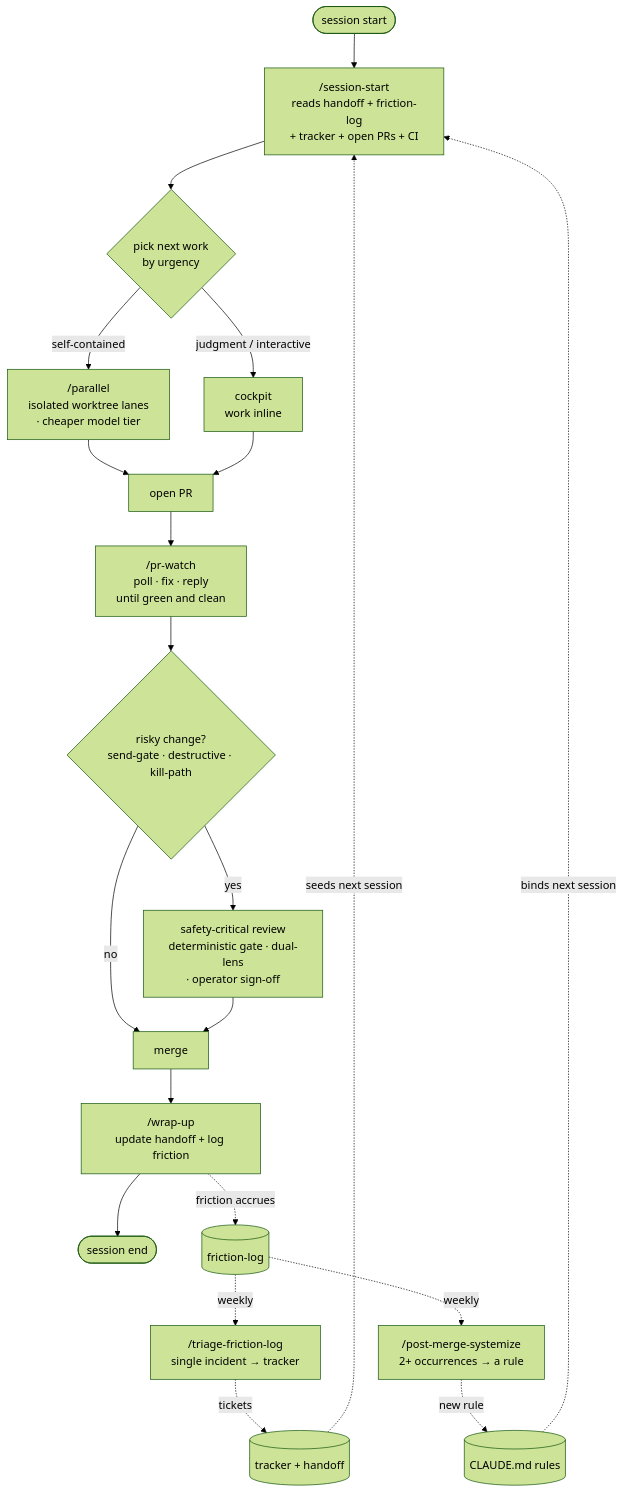
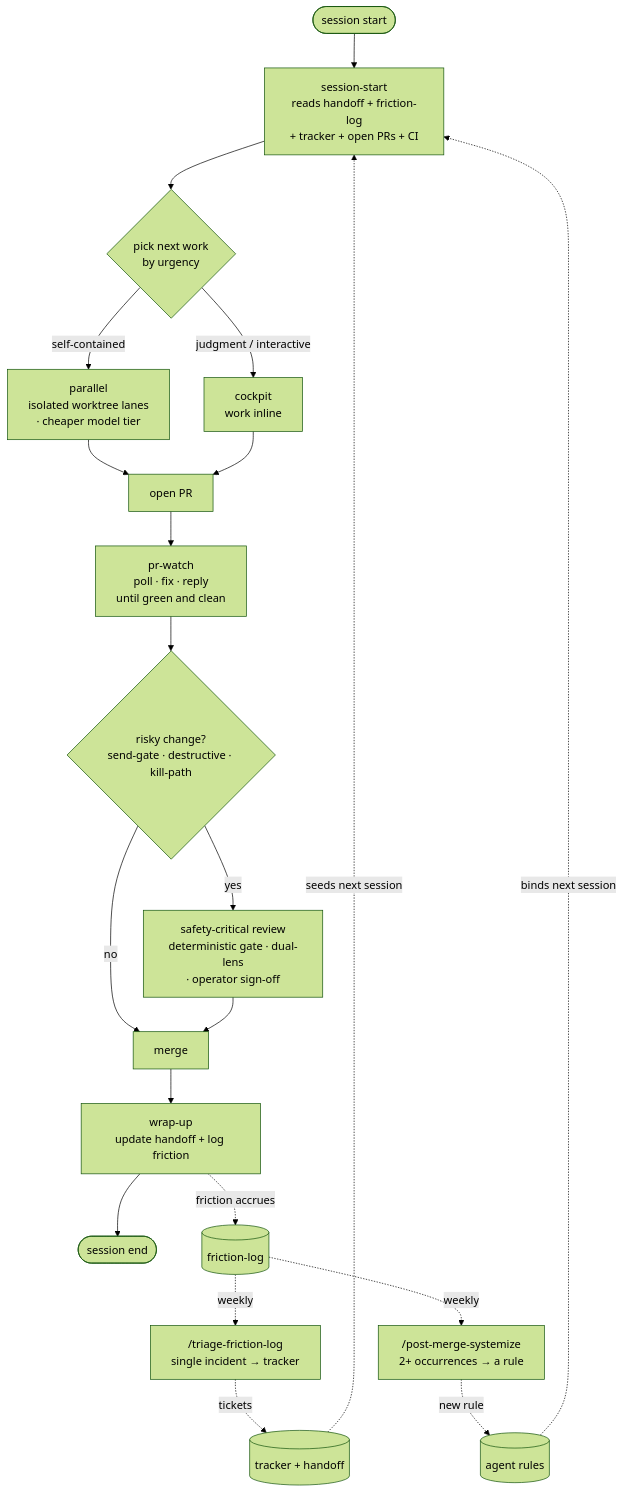
Before and after one commit to topij/agentic-dev-kit: the diagram in README.md, drawn with Mermaid (forest theme). The commit also changed other lines of this file and 37 other files, not shown here.

````diff
--- a/README.md
+++ b/README.md
@@ -56,24 +56,24 @@
 ```mermaid
 flowchart TD
-    A([session start]) --> B["/session-start<br/>reads handoff + friction-log<br/>+ tracker + open PRs + CI"]
+    A([session start]) --> B["session-start<br/>reads handoff + friction-log<br/>+ tracker + open PRs + CI"]
     B --> C{"pick next work<br/>by urgency"}
-    C -->|self-contained| D["/parallel<br/>isolated worktree lanes<br/>· cheaper model tier"]
+    C -->|self-contained| D["parallel<br/>isolated worktree lanes<br/>· cheaper model tier"]
     C -->|judgment / interactive| E["cockpit<br/>work inline"]
     D --> F["open PR"]
     E --> F
-    F --> G["/pr-watch<br/>poll · fix · reply<br/>until green and clean"]
+    F --> G["pr-watch<br/>poll · fix · reply<br/>until green and clean"]
     G --> H{"risky change?<br/>send-gate · destructive · kill-path"}
     H -->|yes| I["safety-critical review<br/>deterministic gate · dual-lens<br/>· operator sign-off"]
     H -->|no| J["merge"]
     I --> J
-    J --> K["/wrap-up<br/>update handoff + log friction"]
+    J --> K["wrap-up<br/>update handoff + log friction"]
     K --> L([session end])
 
     K -. friction accrues .-> M[(friction-log)]
     M -. weekly .-> N["/triage-friction-log<br/>single incident → tracker"]
     M -. weekly .-> O["/post-merge-systemize<br/>2+ occurrences → a rule"]
     N -. tickets .-> P[(tracker + handoff)]
-    O -. new rule .-> Q[(CLAUDE.md rules)]
+    O -. new rule .-> Q[(agent rules)]
     P -. seeds next session .-> B
     Q -. binds next session .-> B
 ```
````
